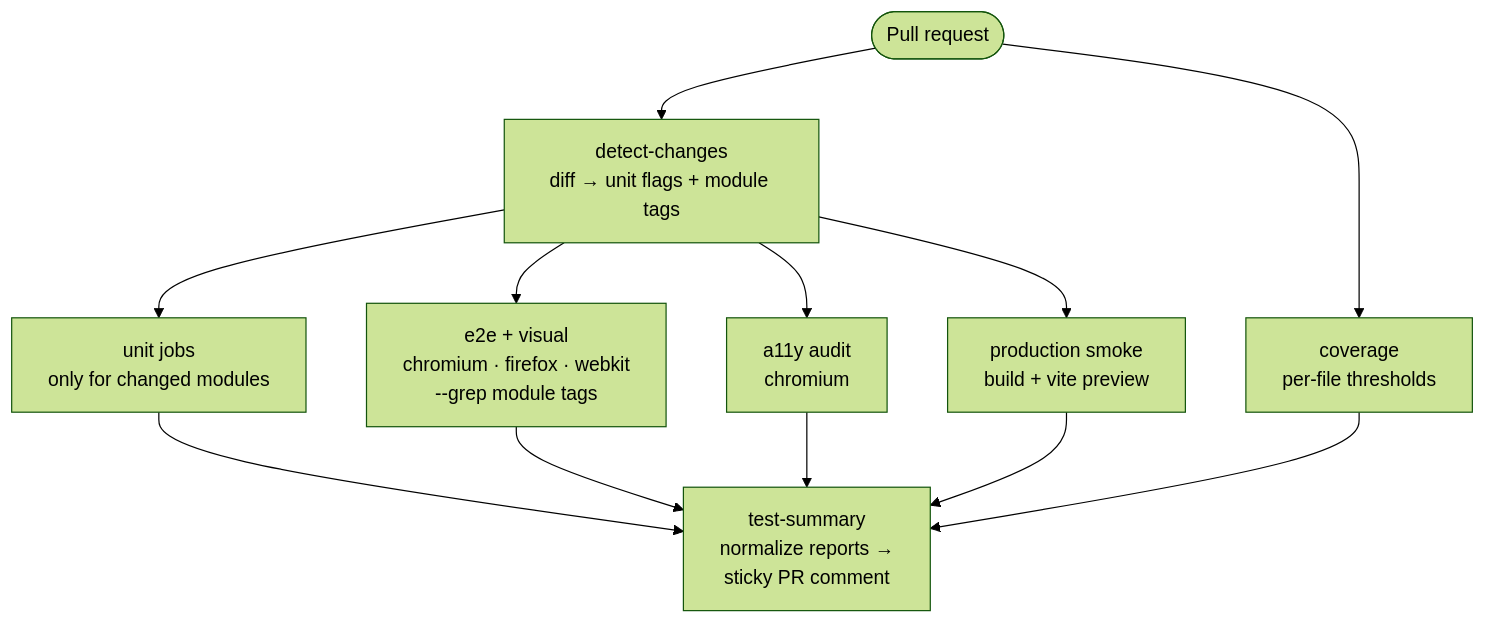
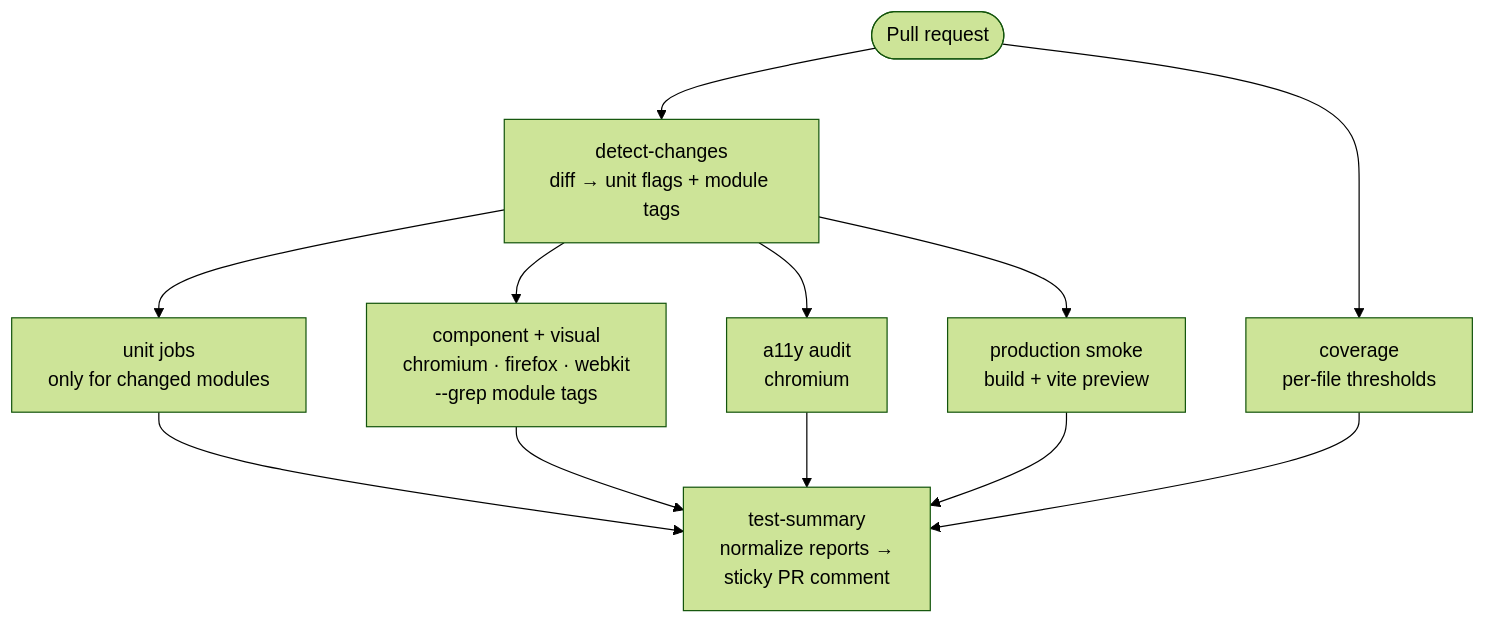
Before and after one commit to rio-ap/web-playground: the first of 2 diagrams in README.md, drawn with Mermaid (forest theme). The commit also changed other lines of this file and 15 other files, not shown here.

````diff
--- a/README.md
+++ b/README.md
@@ -75,14 +90,14 @@
 ```mermaid
 flowchart TD
   PR([Pull request]) --> DC["detect-changes<br/>diff → unit flags + module tags"]
   DC --> U["unit jobs<br/>only for changed modules"]
-  DC --> E["e2e + visual<br/>chromium · firefox · webkit<br/>--grep module tags"]
+  DC --> E["component + visual<br/>chromium · firefox · webkit<br/>--grep module tags"]
   DC --> A["a11y audit<br/>chromium"]
   DC --> SM["production smoke<br/>build + vite preview"]
   PR --> C["coverage<br/>per-file thresholds"]
   U --> TS["test-summary<br/>normalize reports →<br/>sticky PR comment"]
   E --> TS
   A --> TS
   SM --> TS
   C --> TS
 ```
````
